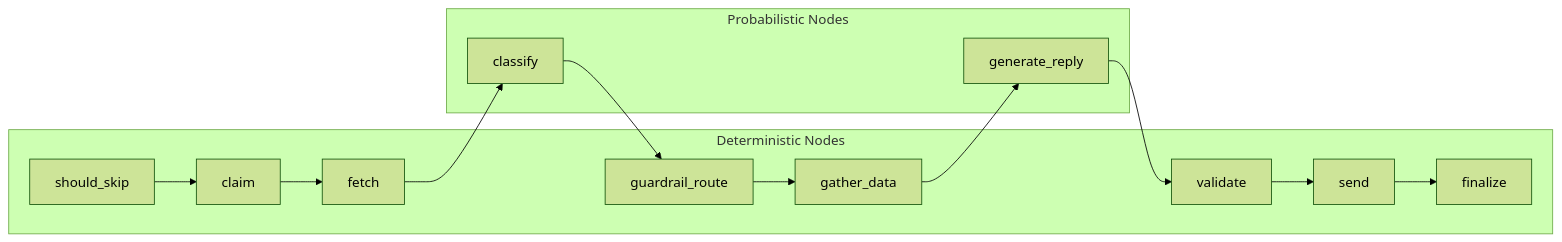
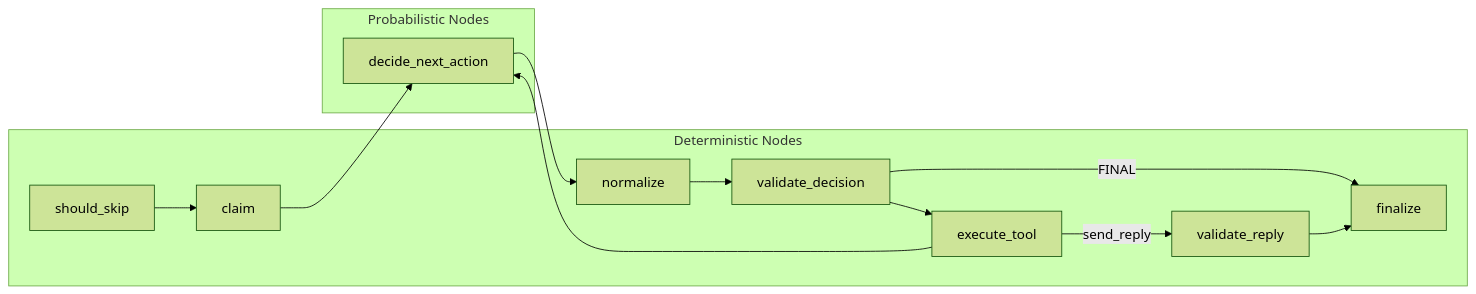
One commit to Nisarg9072-god/Email-Agent changed the second of 8 diagrams in docs/langgraph_architecture_overview.md. Above: the diagram before and after it, drawn with Mermaid (forest theme). The commit also changed other lines of this file and 5 other files, not shown here.

````diff
--- a/docs/langgraph_architecture_overview.md
+++ b/docs/langgraph_architecture_overview.md
@@ -192,20 +177,21 @@
 ```mermaid
 flowchart LR
     subgraph deterministic [Deterministic Nodes]
         N1[should_skip]
         N2[claim]
-        N3[fetch]
-        N5[guardrail_route]
-        N6[gather_data]
-        N8[validate]
-        N9[send]
-        N10[finalize]
+        N4[normalize]
+        N5[validate_decision]
+        N6[execute_tool]
+        N8[validate_reply]
+        N9[finalize]
     end
 
     subgraph probabilistic [Probabilistic Nodes]
-        N4[classify]
-        N7[generate_reply]
+        N3[decide_next_action]
     end
 
-    N1 --> N2 --> N3 --> N4 --> N5 --> N6 --> N7 --> N8 --> N9 --> N10
+    N1 --> N2 --> N3 --> N4 --> N5 --> N6
+    N6 --> N3
+    N5 -->|FINAL| N9
+    N6 -->|send_reply| N8 --> N9
 ```
````
